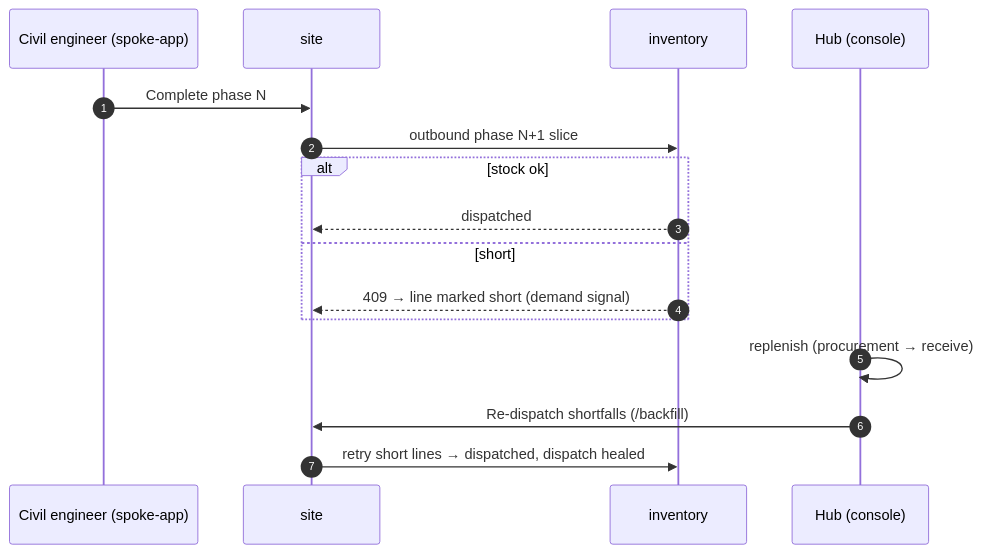
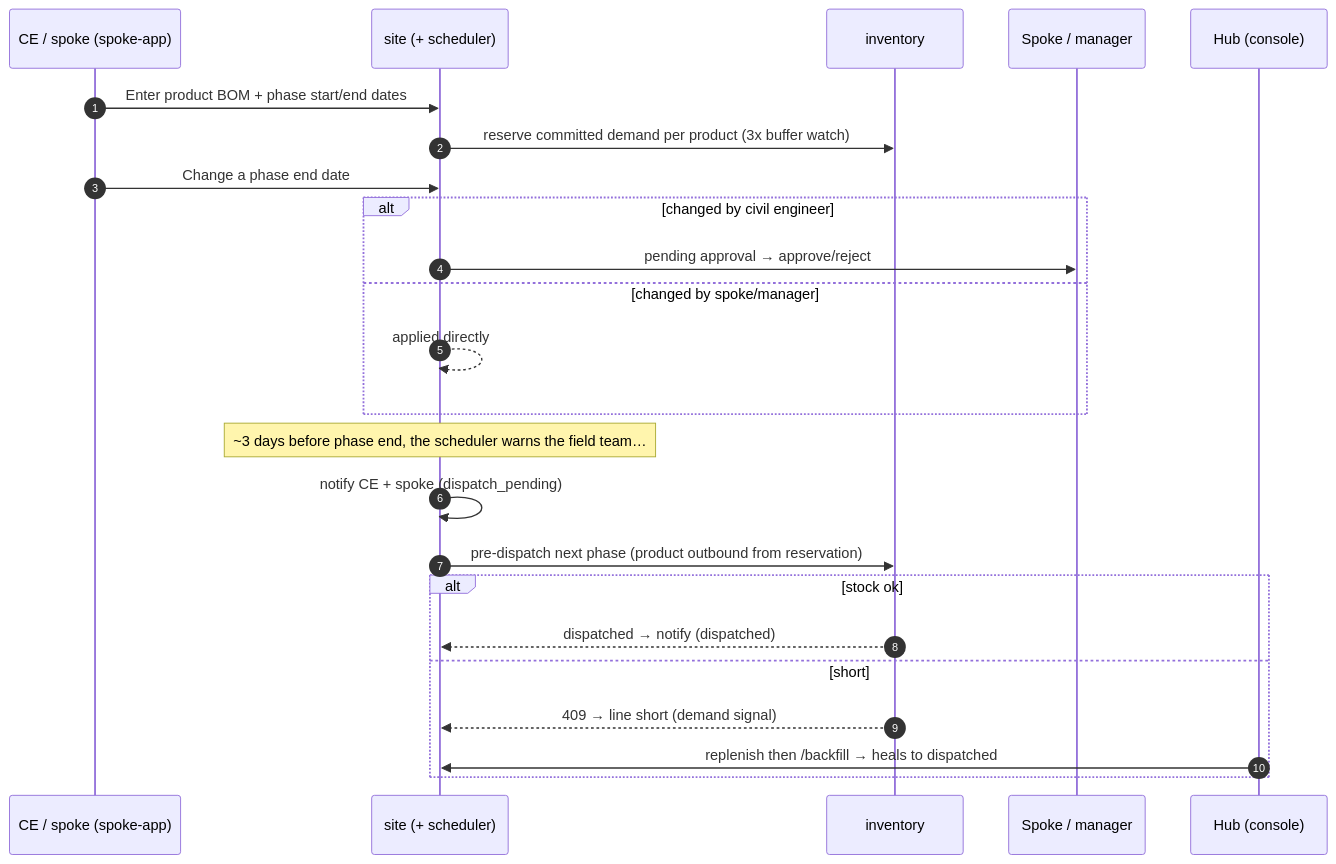
One commit to Tadipartirohith/CONSMAT-AI-V1 changed the third of 4 diagrams in docs/HLD.md. Above: the diagram before and after it, drawn with Mermaid. The commit also changed other lines of this file and 3 other files, not shown here.

````diff
--- a/docs/HLD.md
+++ b/docs/HLD.md
@@ -169,18 +186,26 @@
 ```mermaid
 sequenceDiagram
     autonumber
-    participant CE as Civil engineer (spoke-app)
-    participant SITE as site
+    participant CE as CE / spoke (spoke-app)
+    participant SITE as site (+ scheduler)
     participant INV as inventory
+    participant AP as Spoke / manager
     participant HUB as Hub (console)
-    CE->>SITE: Complete phase N
-    SITE->>INV: outbound phase N+1 slice
+    CE->>SITE: Enter product BOM + phase start/end dates
+    SITE->>INV: reserve committed demand per product (3x buffer watch)
+    CE->>SITE: Change a phase end date
+    alt changed by civil engineer
+        SITE->>AP: pending approval → approve/reject
+    else changed by spoke/manager
+        SITE-->>SITE: applied directly
+    end
+    Note over SITE: ~3 days before phase end, the scheduler warns the field team…
+    SITE->>SITE: notify CE + spoke (dispatch_pending)
+    SITE->>INV: pre-dispatch next phase (product outbound from reservation)
     alt stock ok
-        INV-->>SITE: dispatched
+        INV-->>SITE: dispatched → notify (dispatched)
     else short
-        INV-->>SITE: 409 → line marked short (demand signal)
+        INV-->>SITE: 409 → line short (demand signal)
+        HUB->>SITE: replenish then /backfill → heals to dispatched
     end
-    HUB->>HUB: replenish (procurement → receive)
-    HUB->>SITE: Re-dispatch shortfalls (/backfill)
-    SITE->>INV: retry short lines → dispatched, dispatch healed
 ```
````
